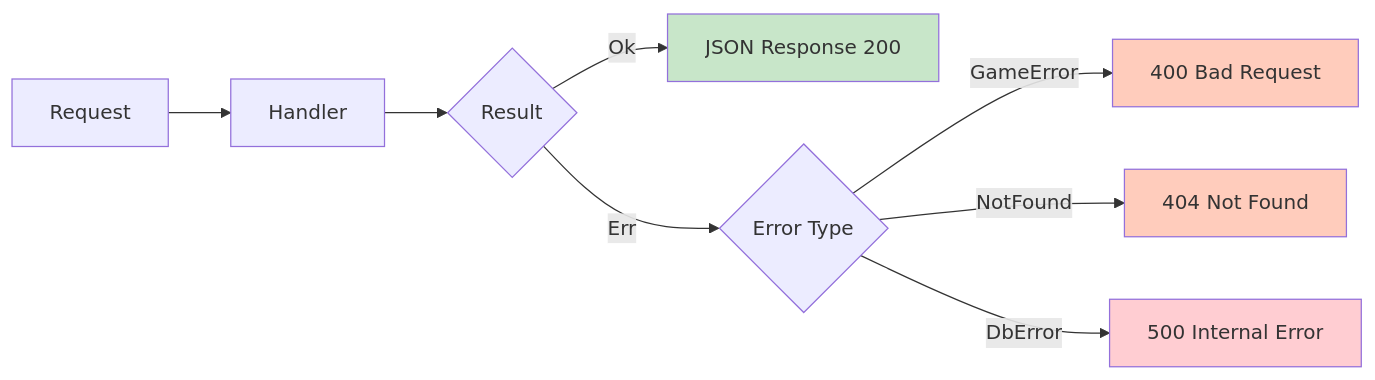
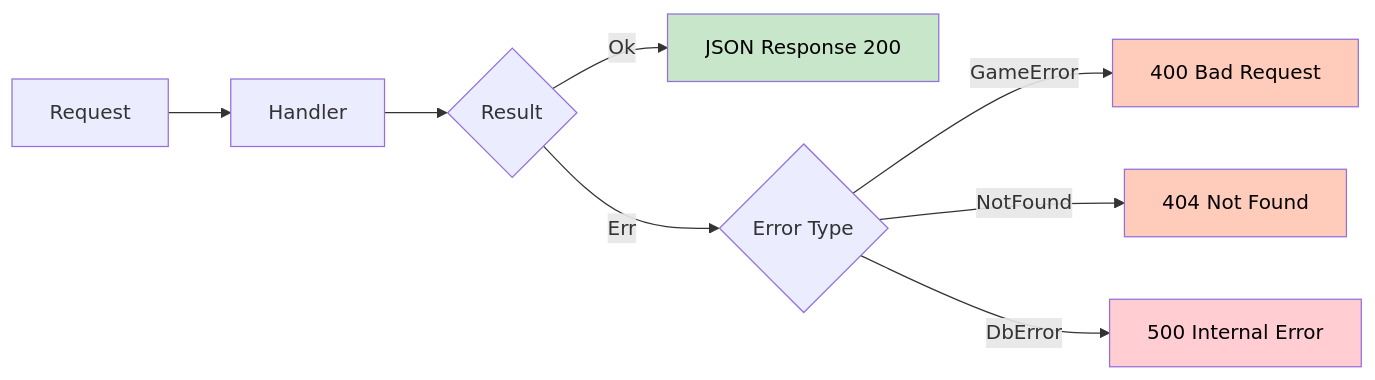
The fourth of 5 diagrams in wiki/Backend-Architecture.md (sw-game-dev/game-mcp-poc), drawn with Mermaid before and after one commit. The commit also changed other lines of this file and 4 other files, not shown here.

First line of the commit message:
fix: Improve mermaid diagram text contrast

````diff
--- a/wiki/Backend-Architecture.md
+++ b/wiki/Backend-Architecture.md
@@ -405,15 +405,15 @@
 ```mermaid
 graph LR
     A[Request] --> B[Handler]
     B --> C{Result}
     C -->|Ok| D[JSON Response 200]
     C -->|Err| E{Error Type}
     E -->|GameError| F[400 Bad Request]
     E -->|NotFound| G[404 Not Found]
     E -->|DbError| H[500 Internal Error]
 
-    style D fill:#c8e6c9
-    style F fill:#ffccbc
-    style G fill:#ffccbc
-    style H fill:#ffcdd2
+    style D fill:#c8e6c9,color:#000
+    style F fill:#ffccbc,color:#000
+    style G fill:#ffccbc,color:#000
+    style H fill:#ffcdd2,color:#000
 ```
````
